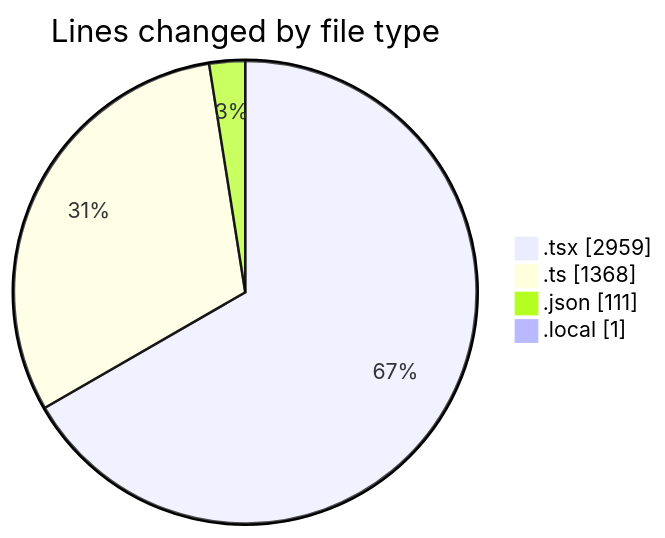
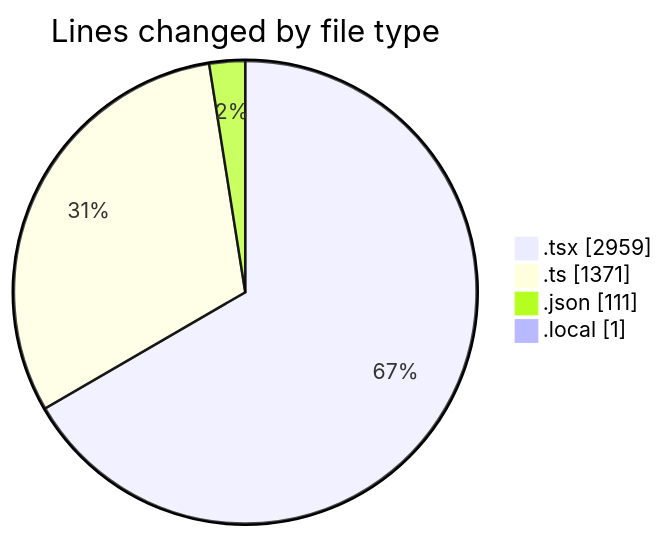
One commit to julien-gomy/code-tracking changed the first of 2 diagrams in 2025-11-08/eventscop-frontend-guide__workspace_/README.md. Above: the diagram before and after it, drawn with Mermaid. The commit also changed other lines of this file and 1 other file, not shown here.

````diff
--- a/2025-11-08/eventscop-frontend-guide__workspace_/README.md
+++ b/2025-11-08/eventscop-frontend-guide__workspace_/README.md
@@ -60,8 +60,8 @@
 ```mermaid
 pie showData
 title Lines changed by file type
 ".tsx" : 2959
-".ts" : 1368
+".ts" : 1371
 ".json" : 111
 ".local" : 1
 ```
````
